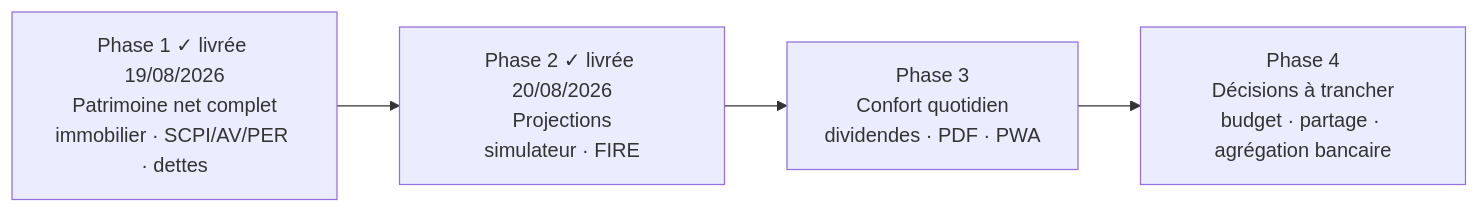
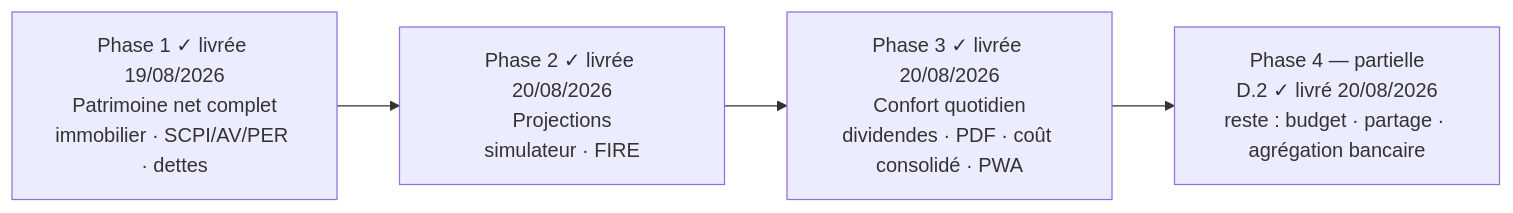
Before and after one commit to Nello10110/application-patrimoine: the diagram in docs/ROADMAP.md, drawn with Mermaid. The commit also changed other lines of this file and 42 other files, not shown here.

First line of the commit message:
feat(phase3+4): dividendes, PDF, coût de gestion consolidé, PWA, rapport mensuel

````diff
--- a/docs/ROADMAP.md
+++ b/docs/ROADMAP.md
@@ -27,8 +27,8 @@
 ```mermaid
 flowchart LR
     P1["Phase 1 ✓ livrée 19/08/2026\nPatrimoine net complet\nimmobilier · SCPI/AV/PER · dettes"]
     P2["Phase 2 ✓ livrée 20/08/2026\nProjections\nsimulateur · FIRE"]
-    P3["Phase 3\nConfort quotidien\ndividendes · PDF · PWA"]
-    P4["Phase 4\nDécisions à trancher\nbudget · partage · agrégation bancaire"]
+    P3["Phase 3 ✓ livrée 20/08/2026\nConfort quotidien\ndividendes · PDF · coût consolidé · PWA"]
+    P4["Phase 4 — partielle\nD.2 ✓ livré 20/08/2026\nreste : budget · partage · agrégation bancaire"]
     P1 --> P2 --> P3 --> P4
 ```
````
